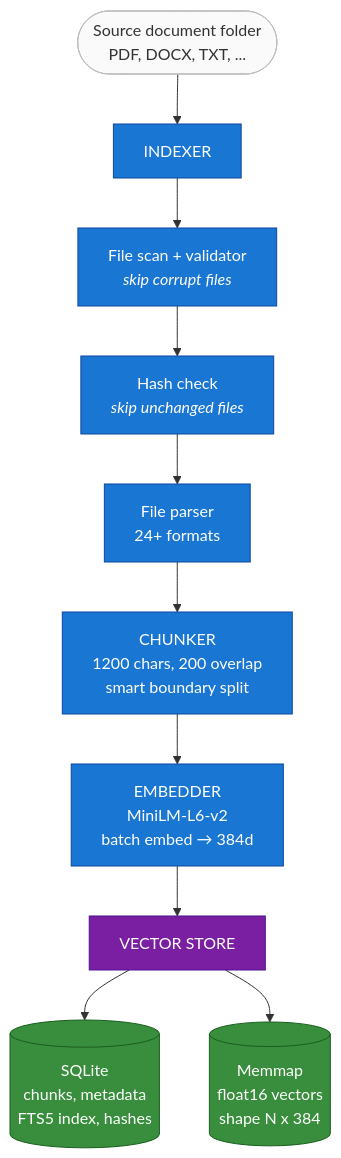
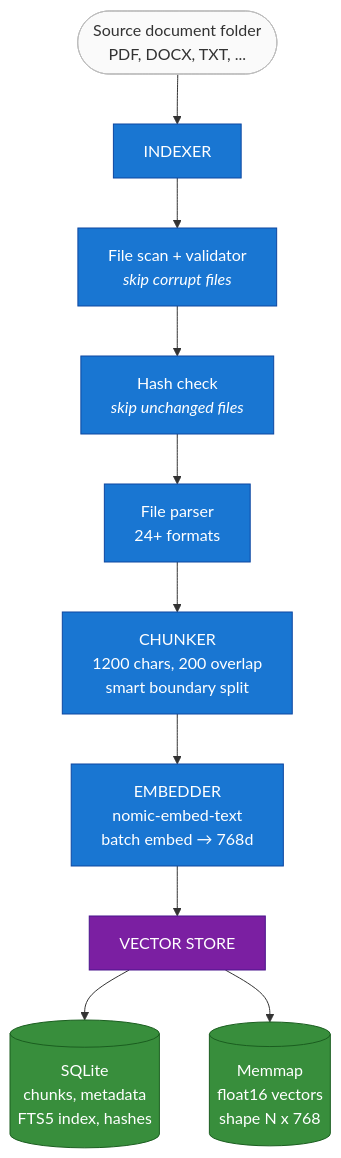
One commit to jeremysmission/HybridRAG3 changed the second of 3 diagrams in docs/02_architecture/ARCHITECTURE_DIAGRAM.md. Above: the diagram before and after it, drawn with Mermaid. The commit also changed other lines of this file and 2 other files, not shown here.

````diff
--- a/docs/02_architecture/ARCHITECTURE_DIAGRAM.md
+++ b/docs/02_architecture/ARCHITECTURE_DIAGRAM.md
@@ -113,23 +113,23 @@
 ```mermaid
 flowchart TD
     SRC(["Source document folder<br/>PDF, DOCX, TXT, ..."]):::user
 
     SRC --> IDX["INDEXER"]:::retrieval
 
     IDX --> SCAN["File scan + validator<br/><i>skip corrupt files</i>"]:::retrieval
     SCAN --> HASH["Hash check<br/><i>skip unchanged files</i>"]:::retrieval
     HASH --> PARSE["File parser<br/>24+ formats"]:::retrieval
     PARSE --> CHUNK["CHUNKER<br/>1200 chars, 200 overlap<br/>smart boundary split"]:::retrieval
-    CHUNK --> EMBED["EMBEDDER<br/>MiniLM-L6-v2<br/>batch embed → 384d"]:::retrieval
+    CHUNK --> EMBED["EMBEDDER<br/>nomic-embed-text<br/>batch embed → 768d"]:::retrieval
 
     EMBED --> STORE["VECTOR STORE"]:::handoff
 
     STORE --> SQL[("SQLite<br/>chunks, metadata<br/>FTS5 index, hashes")]:::data
-    STORE --> MEM[("Memmap<br/>float16 vectors<br/>shape N x 384")]:::data
+    STORE --> MEM[("Memmap<br/>float16 vectors<br/>shape N x 768")]:::data
 
     %% ── Styles ──────────────────────────────────────
     classDef retrieval fill:#1976D2,stroke:#0D47A1,color:#fff
     classDef handoff fill:#7B1FA2,stroke:#4A148C,color:#fff
     classDef data fill:#388E3C,stroke:#1B5E20,color:#fff
     classDef user fill:#FAFAFA,stroke:#BDBDBD,color:#333
 ```
````
